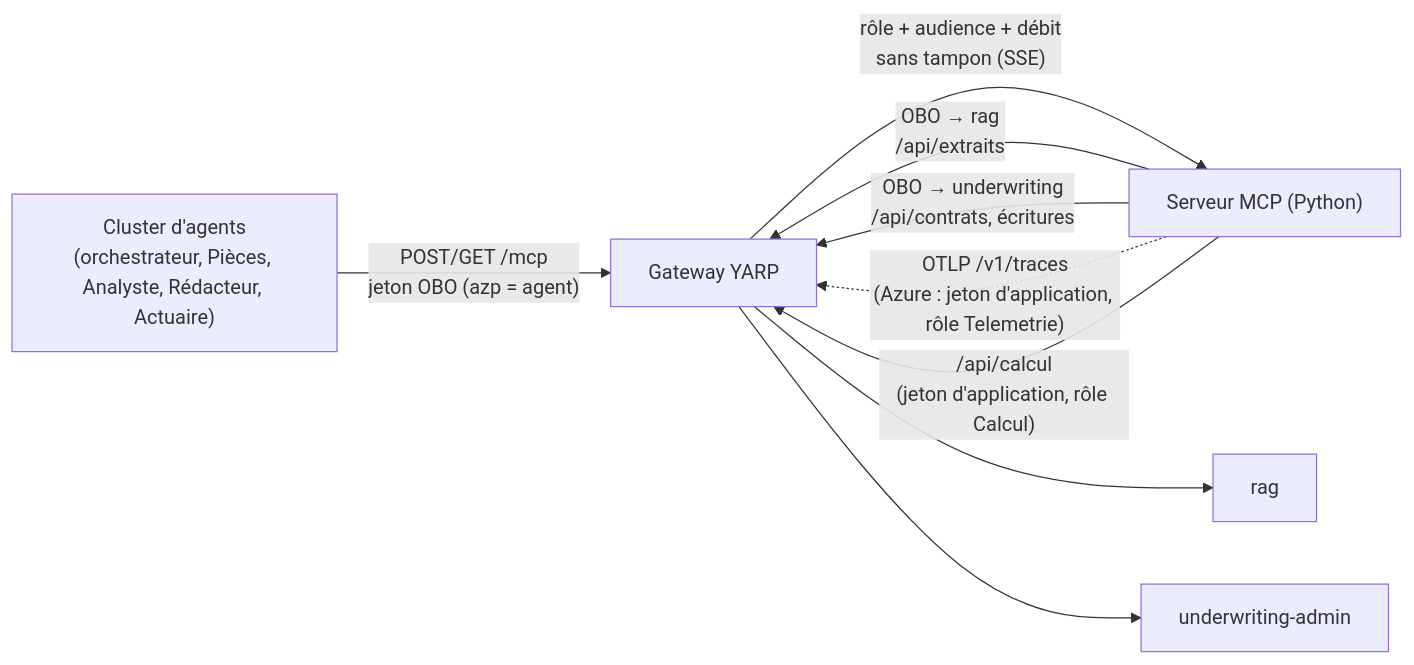
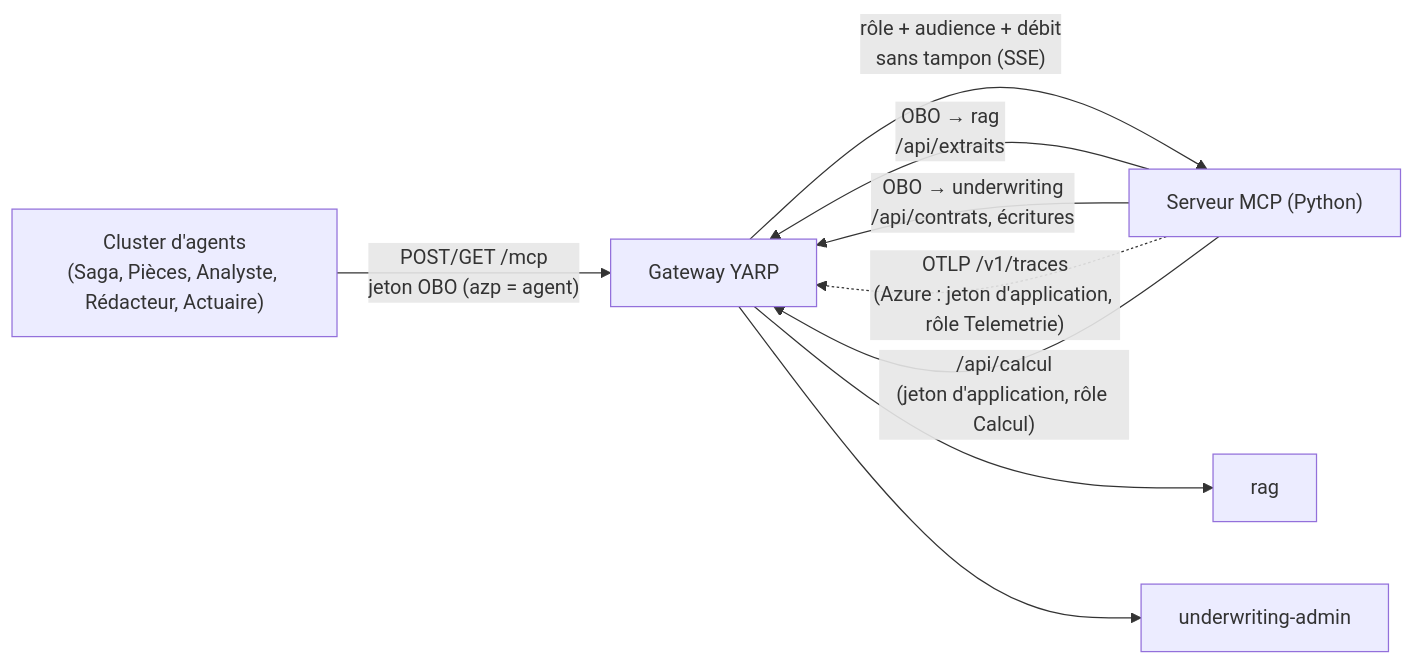
The diagram in serveur-mcp/README.md (acerolaz/agentinsurflow), drawn with Mermaid before and after one commit. The commit also changed other lines of this file and 29 other files, not shown here.

First line of the commit message:
refactor : l'orchestrateur du cluster devient la Saga (#107)

````diff
--- a/serveur-mcp/README.md
+++ b/serveur-mcp/README.md
@@ -7,11 +7,11 @@
 ```mermaid
 flowchart LR
-    CL["Cluster d'agents<br/>(orchestrateur, Pièces, Analyste, Rédacteur, Actuaire)"] -->|"POST/GET /mcp<br/>jeton OBO (azp = agent)"| GW["Gateway YARP"]
+    CL["Cluster d'agents<br/>(Saga, Pièces, Analyste, Rédacteur, Actuaire)"] -->|"POST/GET /mcp<br/>jeton OBO (azp = agent)"| GW["Gateway YARP"]
     GW -->|"rôle + audience + débit<br/>sans tampon (SSE)"| MCP["Serveur MCP (Python)"]
     MCP -->|"OBO → rag<br/>/api/extraits"| GW
     MCP -->|"OBO → underwriting<br/>/api/contrats, écritures"| GW
     GW --> RAG["rag"]
     GW --> UW["underwriting-admin"]
     MCP -. "OTLP /v1/traces<br/>(Azure : jeton d'application, rôle Telemetrie)" .-> GW
     MCP -->|"/api/calcul<br/>(jeton d'application, rôle Calcul)"| GW
 ```
````
